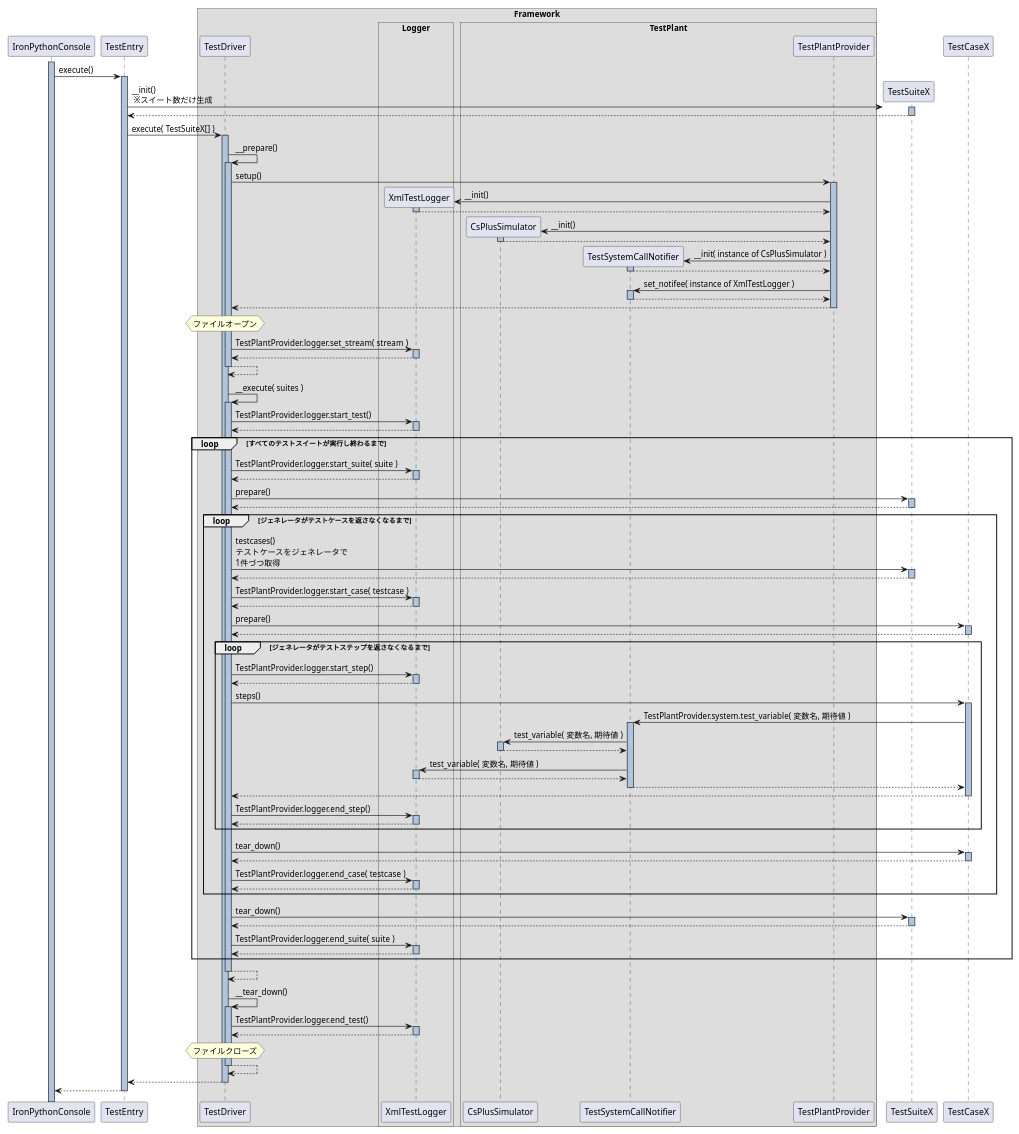
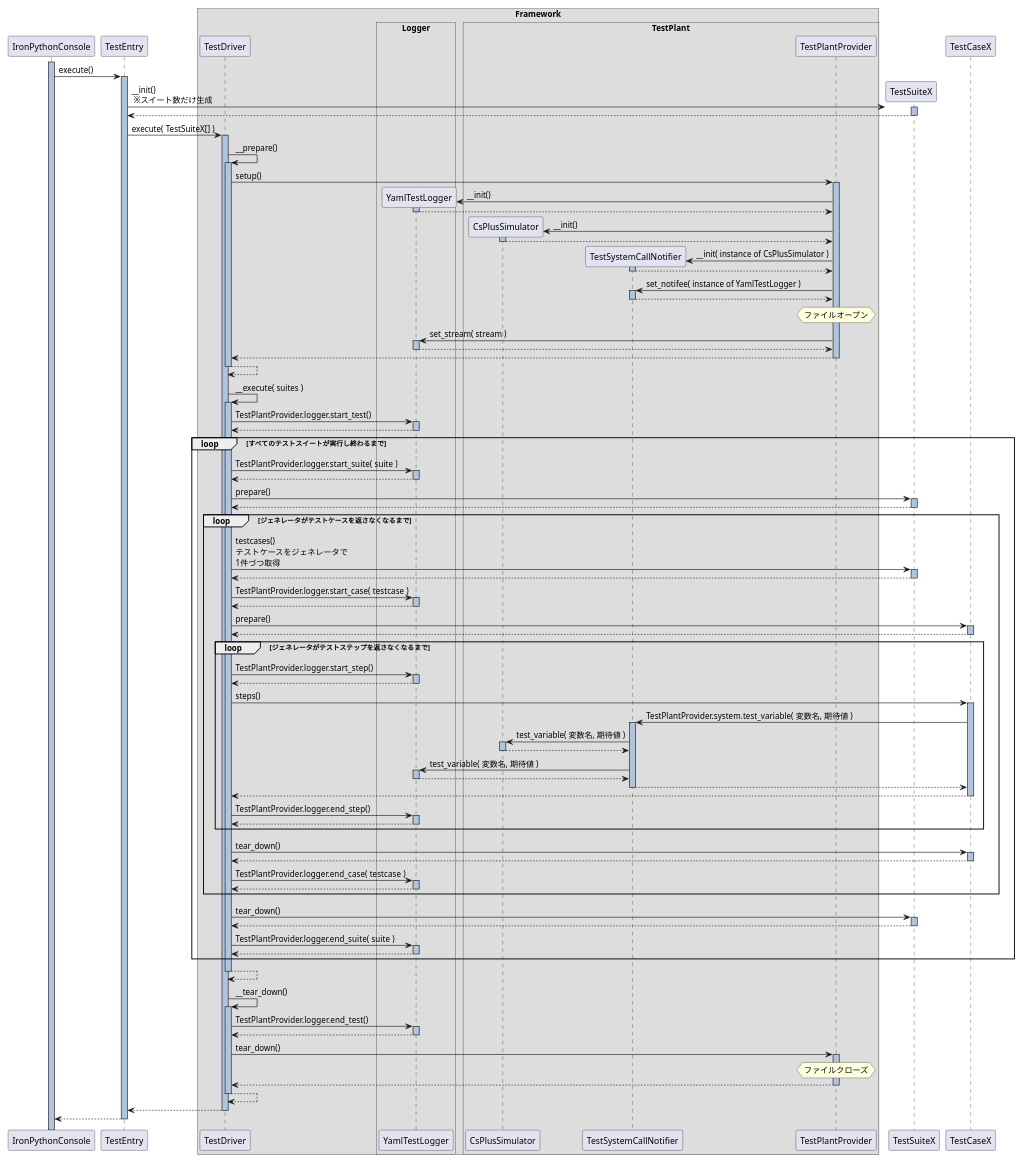
Before and after one commit to shiftdownet/itestpf: the fourth of 4 diagrams in docs/design.md, drawn with PlantUML. The commit also changed other lines of this file and 11 other files, not shown here.

```diff
--- a/docs/design.md
+++ b/docs/design.md
@@ -159,7 +102,7 @@
 box Framework
     participant TestDriver
     box Logger
-        participant XmlTestLogger
+        participant YamlTestLogger
     endbox
     box TestPlant
         participant CsPlusSimulator
@@ -192,8 +135,8 @@
             '# TestPlantProvider.setup()
             '#----------------------------------------------------
             TestDriver -> TestPlantProvider  : setup()
-                create XmlTestLogger
-                TestPlantProvider -> XmlTestLogger  : __init()
+                create YamlTestLogger
+                TestPlantProvider -> YamlTestLogger  : __init()
                 return
                
                 create CsPlusSimulator
@@ -202,23 +145,22 @@
                 create TestSystemCallNotifier
                 TestPlantProvider -> TestSystemCallNotifier  :  __init( instance of CsPlusSimulator )
                 return
-                TestPlantProvider -> TestSystemCallNotifier  :  set_notifee( instance of XmlTestLogger )
+                TestPlantProvider -> TestSystemCallNotifier  :  set_notifee( instance of YamlTestLogger )
                 return
-            return
-
-            hnote over TestDriver : ファイルオープン
-            TestDriver -> XmlTestLogger  : TestPlantProvider.logger.set_stream( stream )
+                hnote over TestPlantProvider : ファイルオープン
+                TestPlantProvider -> YamlTestLogger  : set_stream( stream )
+                return
             return
         return
 
         TestDriver -> TestDriver  : __execute( suites )
 
-            TestDriver -> XmlTestLogger  : TestPlantProvider.logger.start_test()
+            TestDriver -> YamlTestLogger  : TestPlantProvider.logger.start_test()
             return
 
             loop すべてのテストスイートが実行し終わるまで
 
-                TestDriver -> XmlTestLogger : TestPlantProvider.logger.start_suite( suite )
+                TestDriver -> YamlTestLogger : TestPlantProvider.logger.start_suite( suite )
                 return
 
                 TestDriver -> TestSuiteX  : prepare()
@@ -227,29 +169,29 @@
                 loop ジェネレータがテストケースを返さなくなるまで
                     TestDriver -> TestSuiteX : testcases()\nテストケースをジェネレータで\n1件づつ取得
                     return
-                    TestDriver -> XmlTestLogger : TestPlantProvider.logger.start_case( testcase )
+                    TestDriver -> YamlTestLogger : TestPlantProvider.logger.start_case( testcase )
                     return
                     TestDriver -> TestCaseX : prepare()
                     return
 
                     loop ジェネレータがテストステップを返さなくなるまで
-                        TestDriver -> XmlTestLogger : TestPlantProvider.logger.start_step()
+                        TestDriver -> YamlTestLogger : TestPlantProvider.logger.start_step()
                         return
                         TestDriver -> TestCaseX : steps()
                             TestCaseX -> TestSystemCallNotifier : TestPlantProvider.system.test_variable( 変数名, 期待値 )
                                 TestSystemCallNotifier -> CsPlusSimulator : test_variable( 変数名, 期待値 )
                                 return
-                                TestSystemCallNotifier -> XmlTestLogger : test_variable( 変数名, 期待値 )
+                                TestSystemCallNotifier -> YamlTestLogger : test_variable( 変数名, 期待値 )
                                 return
                             return
                         return
-                        TestDriver -> XmlTestLogger : TestPlantProvider.logger.end_step()
+                        TestDriver -> YamlTestLogger : TestPlantProvider.logger.end_step()
                         return
                     end loop
 
                     TestDriver -> TestCaseX : tear_down()
                     return
-                    TestDriver -> XmlTestLogger : TestPlantProvider.logger.end_case( testcase )
+                    TestDriver -> YamlTestLogger : TestPlantProvider.logger.end_case( testcase )
                     return
 
                 end loop
@@ -257,15 +199,17 @@
                 TestDriver -> TestSuiteX  : tear_down()
                 return
 
-                TestDriver -> XmlTestLogger : TestPlantProvider.logger.end_suite( suite )
+                TestDriver -> YamlTestLogger : TestPlantProvider.logger.end_suite( suite )
                 return
             end loop
         return
 
         TestDriver -> TestDriver  : __tear_down()
-            TestDriver -> XmlTestLogger  : TestPlantProvider.logger.end_test()
+            TestDriver -> YamlTestLogger  : TestPlantProvider.logger.end_test()
             return
-            hnote over TestDriver : ファイルクローズ
+            TestDriver -> TestPlantProvider : tear_down()
+                hnote over TestPlantProvider : ファイルクローズ
+            return
         return
     return
 
```
